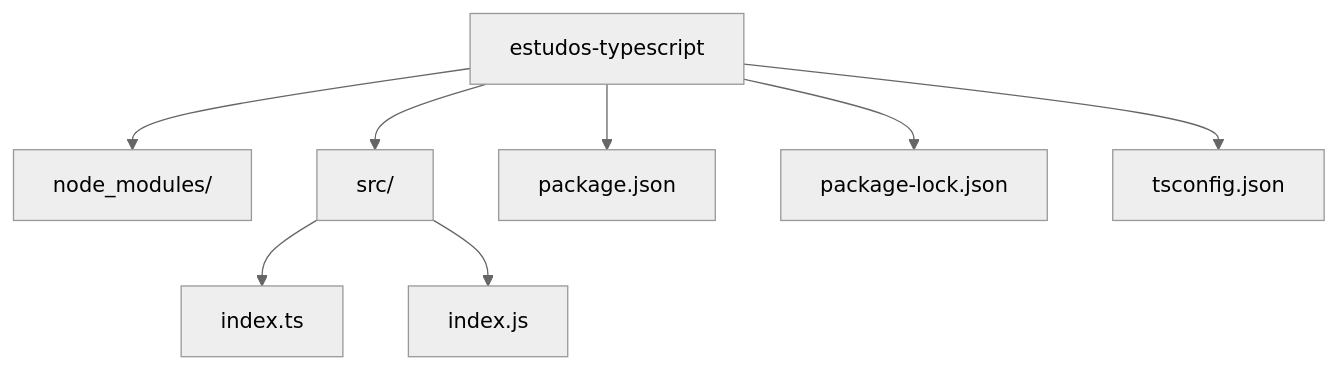
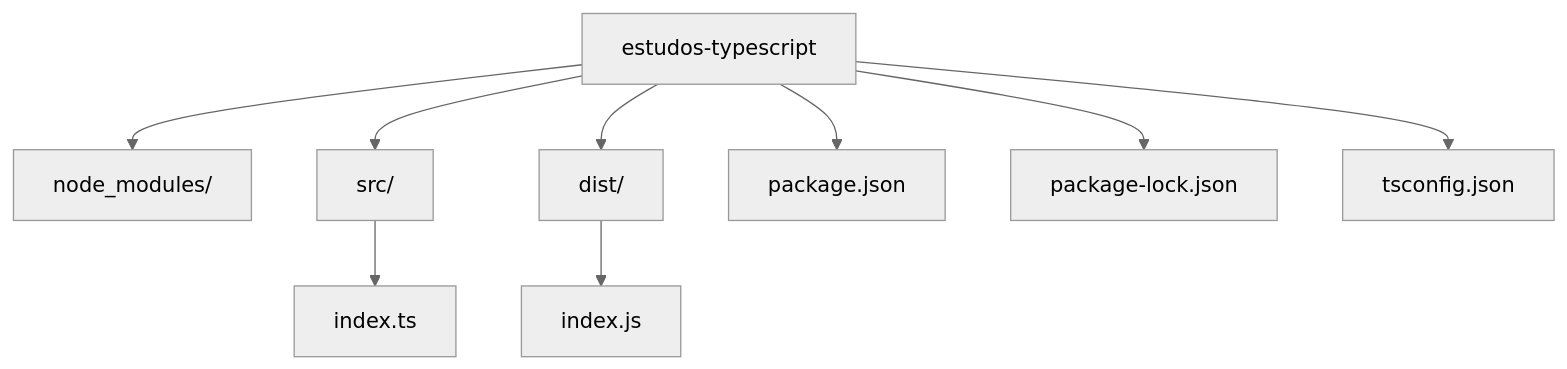
One commit to profjosuerosario/MVCArrayRepository changed diagram 13 of 13 in Docs/tutorial-01-preparando-o-ambiente-typescript.md. Above: the diagram before and after it, drawn with Mermaid (neutral theme). The commit also changed other lines of this file and 9 other files, not shown here.

````diff
--- a/Docs/tutorial-01-preparando-o-ambiente-typescript.md
+++ b/Docs/tutorial-01-preparando-o-ambiente-typescript.md
@@ -648,13 +635,14 @@
 ```mermaid
 flowchart TD
     A["estudos-typescript"]
 
     A --> B["node_modules/"]
     A --> C["src/"]
-    A --> D["package.json"]
-    A --> E["package-lock.json"]
-    A --> F["tsconfig.json"]
+    A --> D["dist/"]
+    A --> E["package.json"]
+    A --> F["package-lock.json"]
+    A --> G["tsconfig.json"]
 
-    C --> G["index.ts"]
-    C --> H["index.js"]
+    C --> H["index.ts"]
+    D --> I["index.js"]
 ```
````
